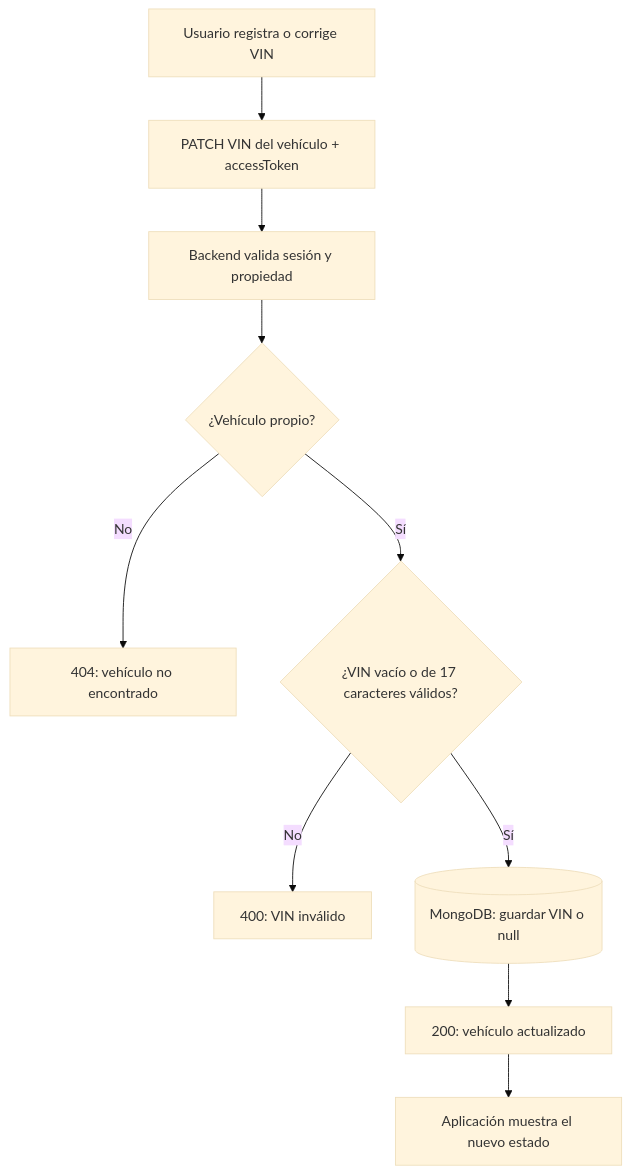
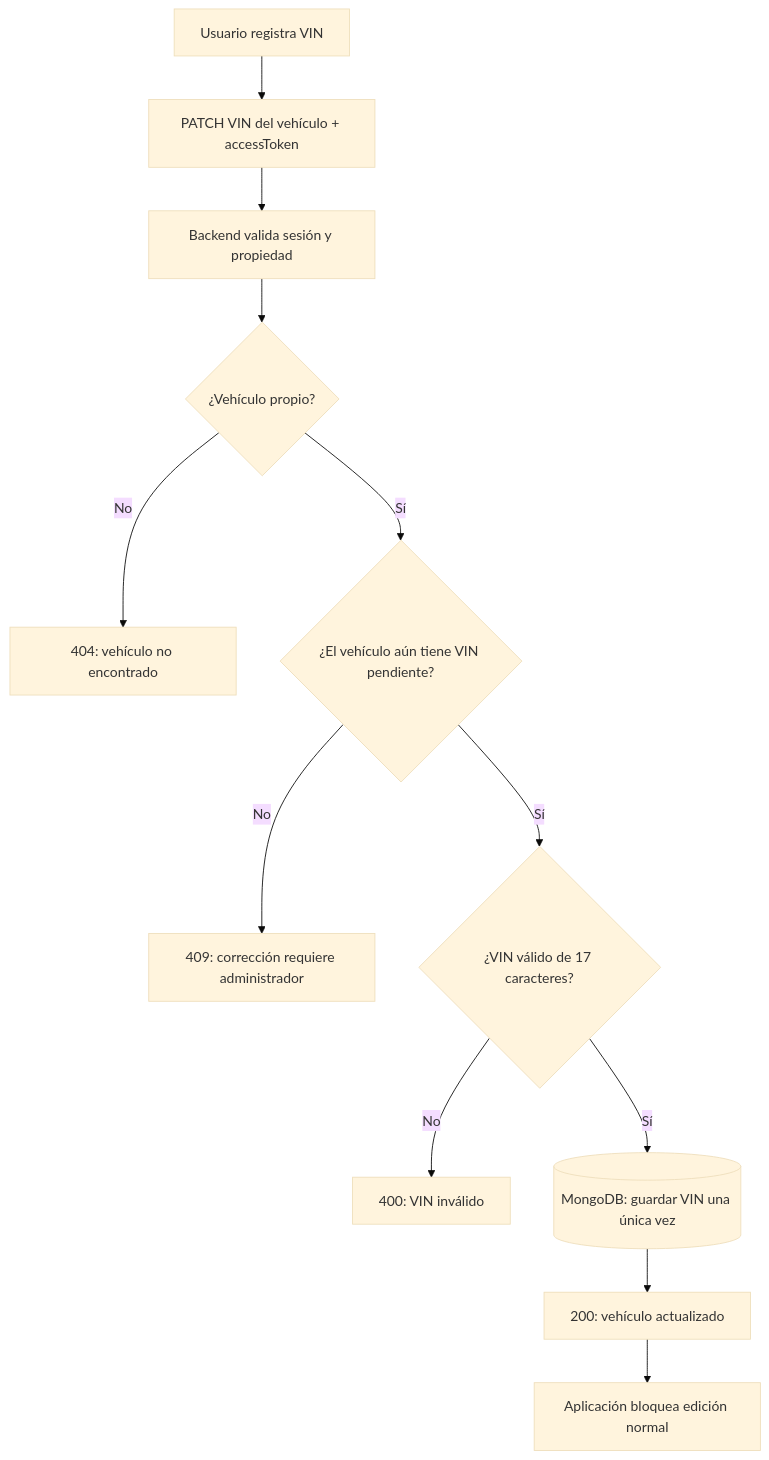
The tenth of 15 diagrams in docs/08-diagramas-flujo-rutas.md (miauto-shelby/obd-api), drawn with Mermaid (base theme) before and after one commit. The commit also changed other lines of this file and 5 other files, not shown here.

````diff
--- a/docs/08-diagramas-flujo-rutas.md
+++ b/docs/08-diagramas-flujo-rutas.md
@@ -174,12 +175,14 @@
 ```mermaid
 flowchart TD
-    A[Usuario registra o corrige VIN] --> B[PATCH VIN del vehículo + accessToken]
+    A[Usuario registra VIN] --> B[PATCH VIN del vehículo + accessToken]
     B --> C[Backend valida sesión y propiedad]
     C --> D{¿Vehículo propio?}
     D -->|No| E[404: vehículo no encontrado]
-    D -->|Sí| F{¿VIN vacío o de 17 caracteres válidos?}
-    F -->|No| G[400: VIN inválido]
-    F -->|Sí| H[(MongoDB: guardar VIN o null)]
-    H --> I[200: vehículo actualizado]
-    I --> J[Aplicación muestra el nuevo estado]
+    D -->|Sí| F{¿El vehículo aún tiene VIN pendiente?}
+    F -->|No| G[409: corrección requiere administrador]
+    F -->|Sí| H{¿VIN válido de 17 caracteres?}
+    H -->|No| I[400: VIN inválido]
+    H -->|Sí| J[(MongoDB: guardar VIN una única vez)]
+    J --> K[200: vehículo actualizado]
+    K --> L[Aplicación bloquea edición normal]
 ```
````
